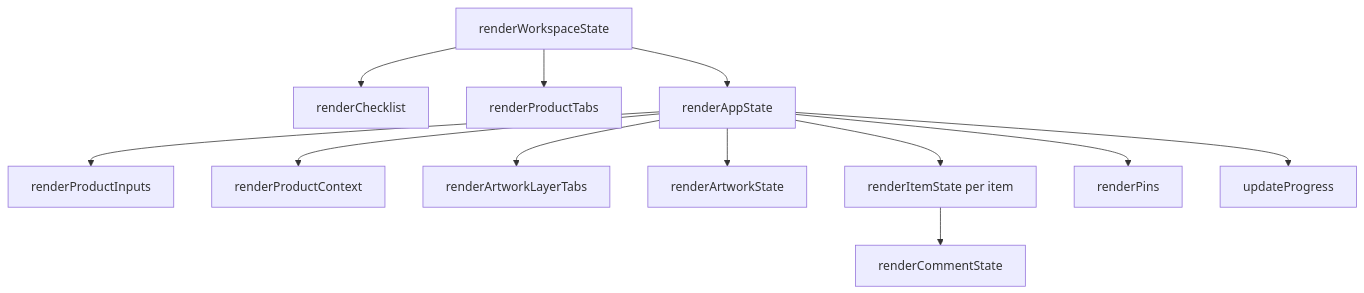
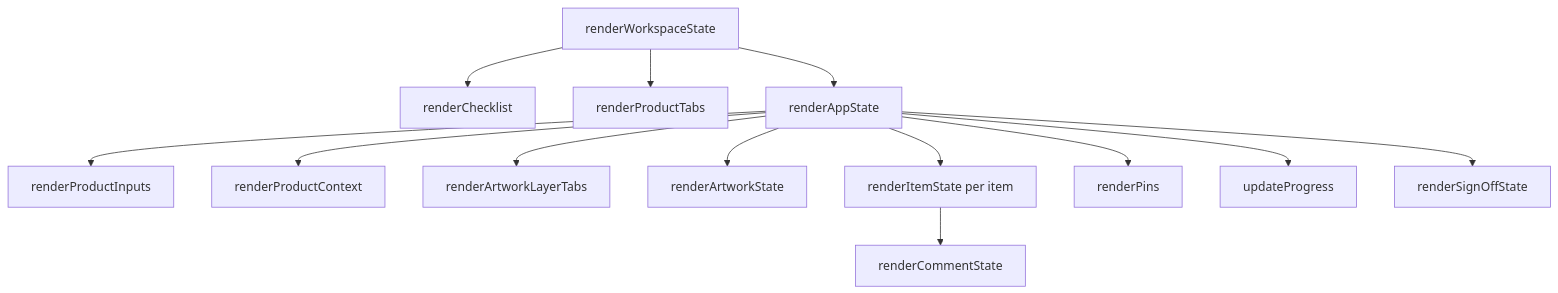
The diagram in docs/architecture/rendering-model.md (samantharissicy/artwork-checklist), drawn with Mermaid before and after one commit. The commit also changed other lines of this file and 43 other files, not shown here.

Commit message:
feat: add cross-functional artwork sign-off

````diff
--- a/docs/architecture/rendering-model.md
+++ b/docs/architecture/rendering-model.md
@@ -15,14 +15,15 @@
 ```mermaid
 flowchart TD
   RenderWorkspace[renderWorkspaceState] --> RenderChecklist[renderChecklist]
   RenderWorkspace --> RenderTabs[renderProductTabs]
   RenderWorkspace --> RenderApp[renderAppState]
   RenderApp --> RenderInputs[renderProductInputs]
   RenderApp --> RenderCtx[renderProductContext]
   RenderApp --> RenderLayerTabs[renderArtworkLayerTabs]
   RenderApp --> RenderArtwork[renderArtworkState]
   RenderApp --> RenderItem[renderItemState per item]
   RenderApp --> RenderPins[renderPins]
   RenderApp --> UpdateProgress[updateProgress]
+  RenderApp --> RenderSignOff[renderSignOffState]
   RenderItem --> RenderComment[renderCommentState]
 ```
````
